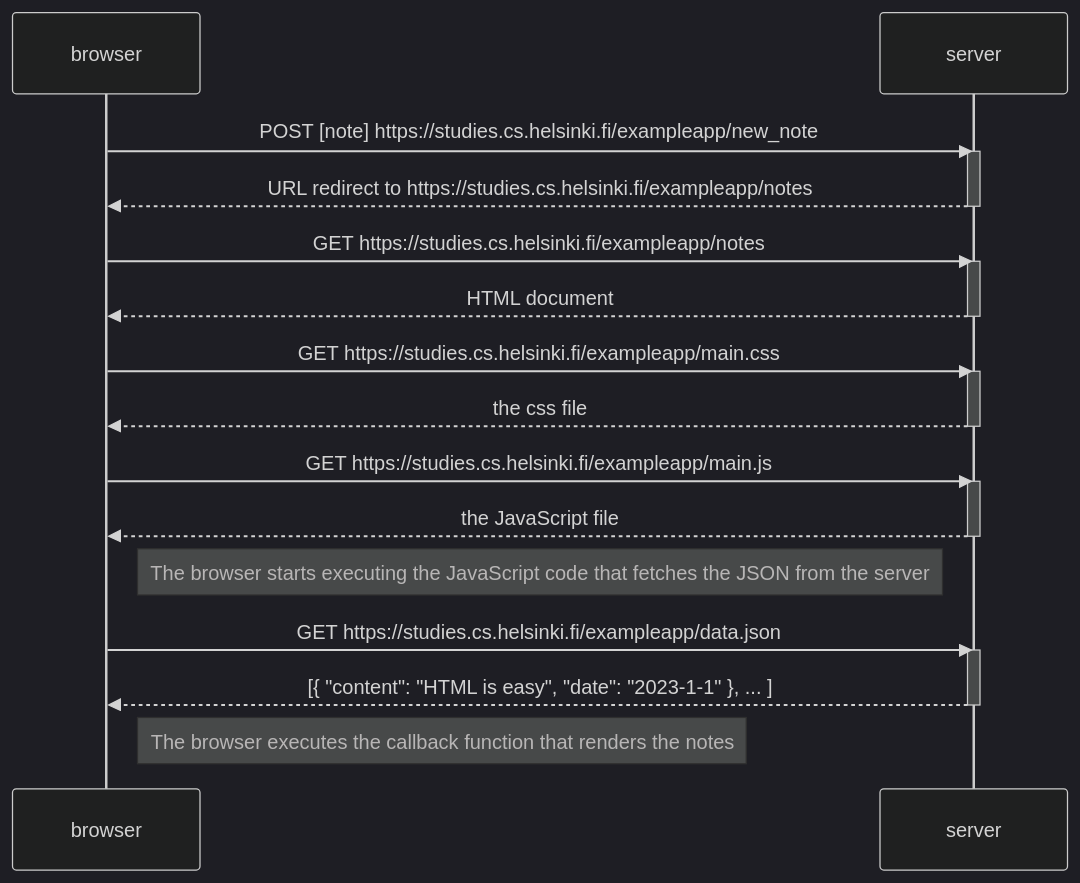
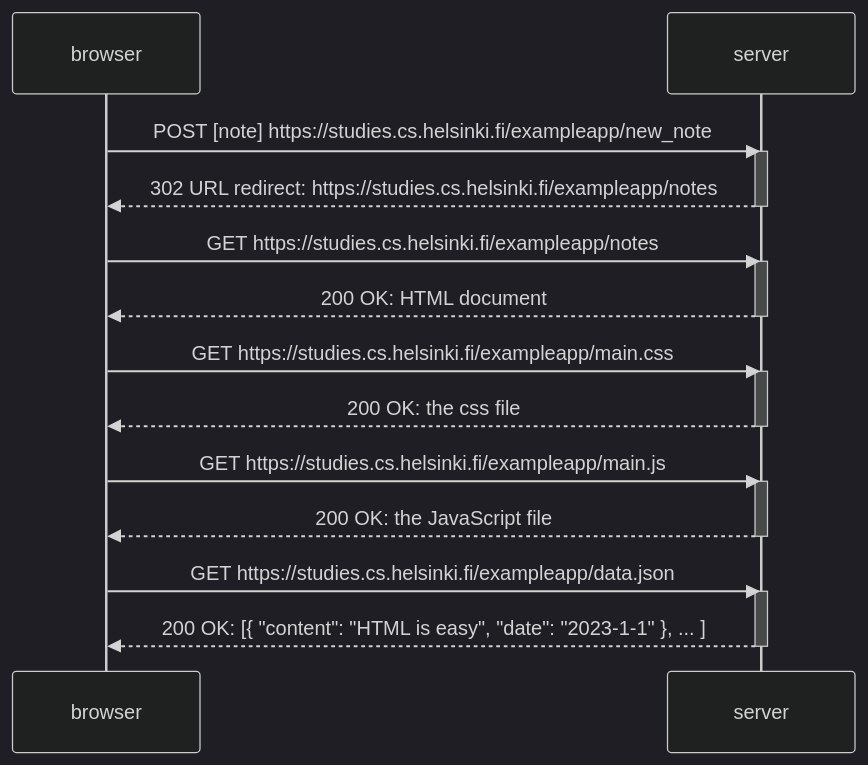
Before and after one commit to aralids/UHelsinki-FullStack-Solutions: the diagram in part0/0-4.mmd, drawn with Mermaid (dark theme).

```diff
--- a/part0/0-4.mmd
+++ b/part0/0-4.mmd
@@ -1,32 +1,28 @@
 sequenceDiagram
     participant browser
     participant server
 
     browser->>server: POST [note] https://studies.cs.helsinki.fi/exampleapp/new_note
     activate server
-    server-->>browser: URL redirect to https://studies.cs.helsinki.fi/exampleapp/notes
+    server-->>browser: 302 URL redirect: https://studies.cs.helsinki.fi/exampleapp/notes
     deactivate server
 
     browser->>server: GET https://studies.cs.helsinki.fi/exampleapp/notes
     activate server
-    server-->>browser: HTML document
+    server-->>browser: 200 OK: HTML document
     deactivate server
 
     browser->>server: GET https://studies.cs.helsinki.fi/exampleapp/main.css
     activate server
-    server-->>browser: the css file
+    server-->>browser: 200 OK: the css file
     deactivate server
 
     browser->>server: GET https://studies.cs.helsinki.fi/exampleapp/main.js
     activate server
-    server-->>browser: the JavaScript file
+    server-->>browser: 200 OK: the JavaScript file
     deactivate server
-
-    Note right of browser: The browser starts executing the JavaScript code that fetches the JSON from the server
 
     browser->>server: GET https://studies.cs.helsinki.fi/exampleapp/data.json
     activate server
-    server-->>browser: [{ "content": "HTML is easy", "date": "2023-1-1" }, ... ]
+    server-->>browser: 200 OK: [{ "content": "HTML is easy", "date": "2023-1-1" }, ... ]
     deactivate server
-
-    Note right of browser: The browser executes the callback function that renders the notes
```
